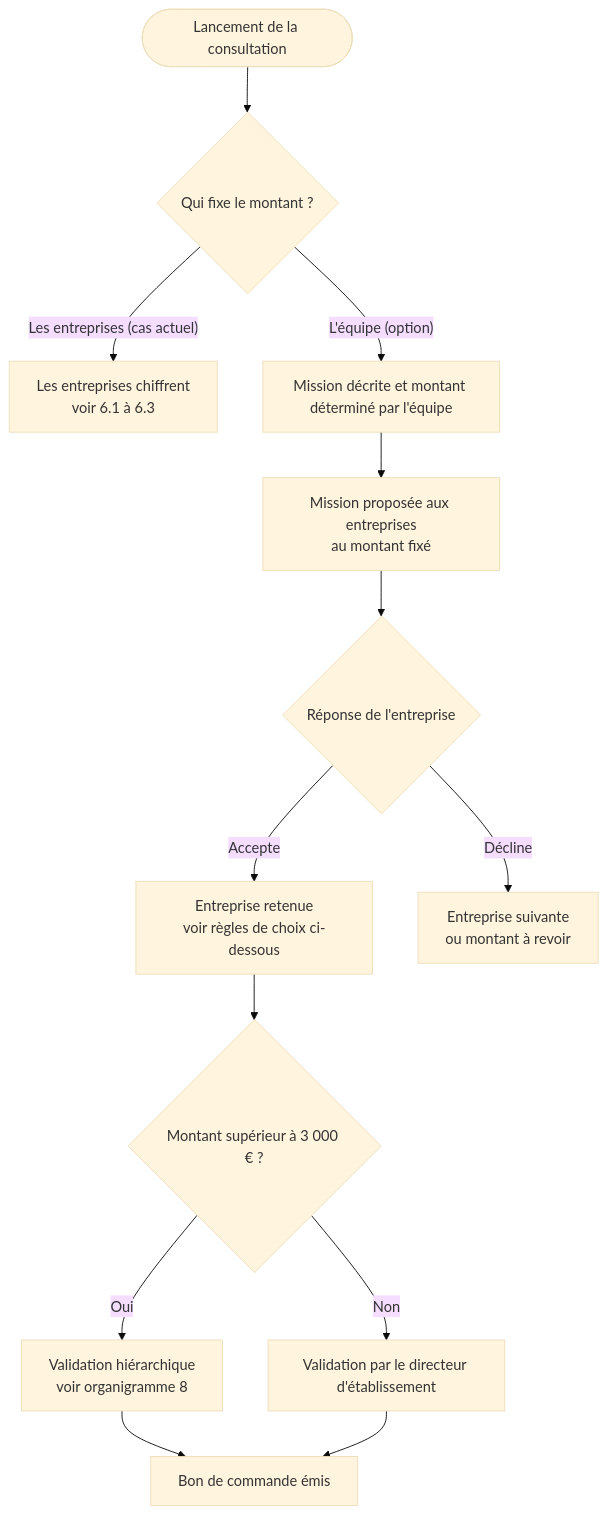
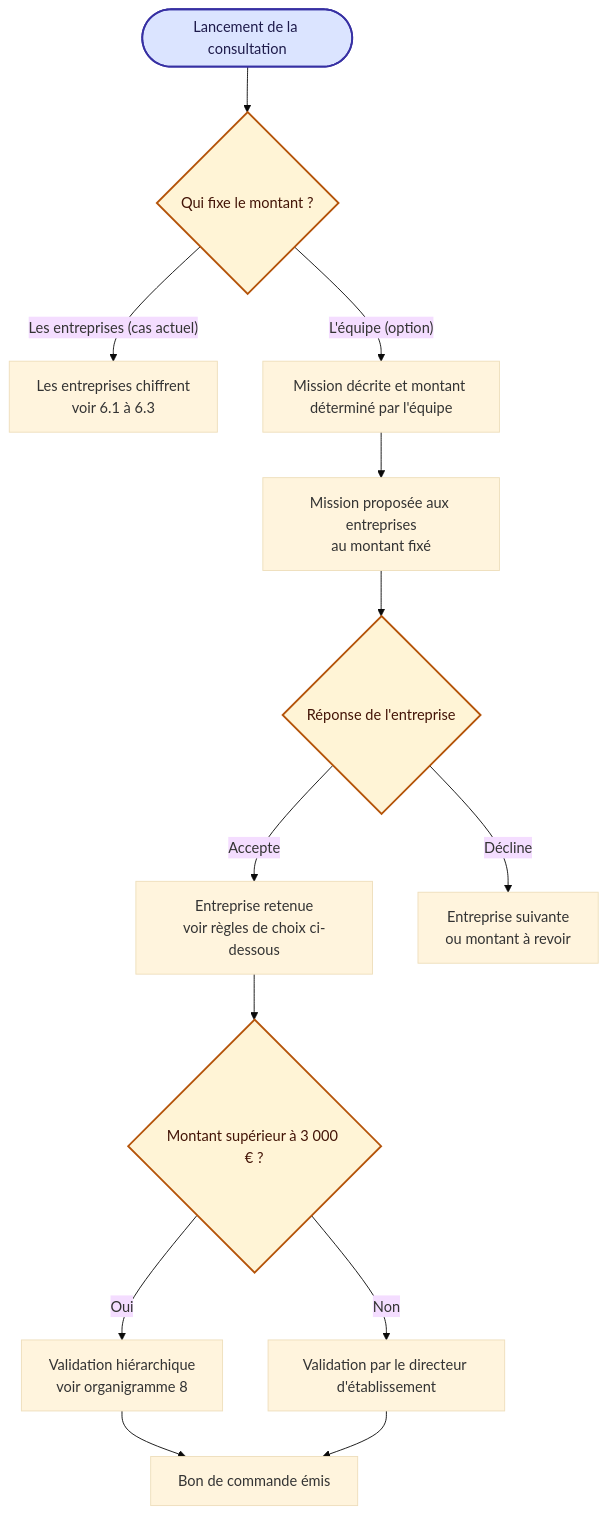
Before and after one commit to Mogot77/Application_Gestion_Travaux: the fifth of 5 diagrams in docs/organigrammes/06-consultation-devis.md, drawn with Mermaid (base theme). The commit also changed other lines of this file and 32 other files, not shown here.

Commit message:
docs: rework flowcharts for readability (colors, larger text, split long diagrams, recent rules)

````diff
--- a/docs/organigrammes/06-consultation-devis.md
+++ b/docs/organigrammes/06-consultation-devis.md
@@ -81,15 +112,22 @@
 ```mermaid
 flowchart TD
     A([Lancement de la consultation]) --> B{Qui fixe le montant ?}
     B -- "Les entreprises (cas actuel)" --> C[Les entreprises chiffrent<br/>voir 6.1 à 6.3]
     B -- "L'équipe (option)" --> D[Mission décrite et montant déterminé par l'équipe]
     D --> E[Mission proposée aux entreprises<br/>au montant fixé]
     E --> F{Réponse de l'entreprise}
     F -- Accepte --> G[Entreprise retenue<br/>voir règles de choix ci-dessous]
     F -- Décline --> H[Entreprise suivante<br/>ou montant à revoir]
     G --> I{Montant supérieur à 3 000 € ?}
     I -- Oui --> J[Validation hiérarchique<br/>voir organigramme 8]
     I -- Non --> K[Validation par le directeur d'établissement]
     J --> L[Bon de commande émis]
     K --> L
+    %% styles communs
+    classDef dec fill:#fff4d6,stroke:#b45309,stroke-width:2px,color:#431407
+    classDef term fill:#dbe4ff,stroke:#3730a3,stroke-width:2px,color:#1e1b4b
+    classDef err fill:#fde2e2,stroke:#b91c1c,stroke-width:2px,color:#450a0a
+    classDef ok fill:#dcfce7,stroke:#15803d,stroke-width:2px,color:#052e16
+    class B,F,I dec
+    class A term
 ```
````
